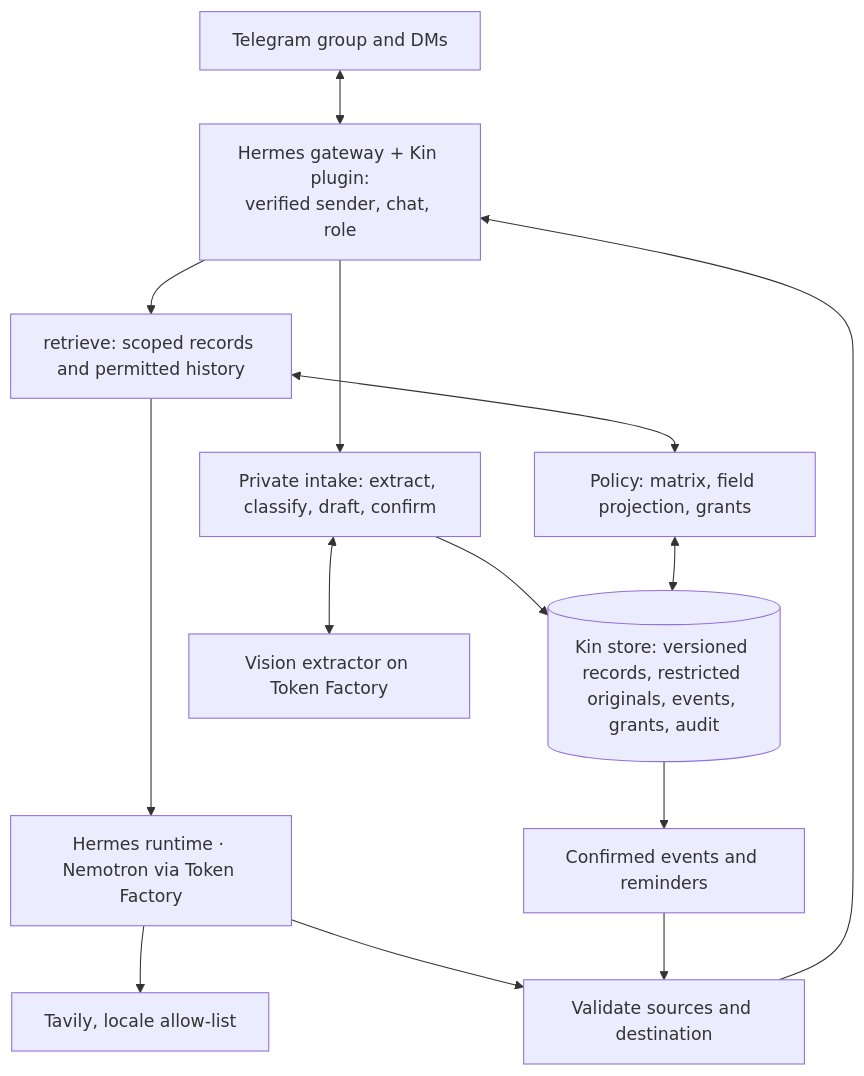
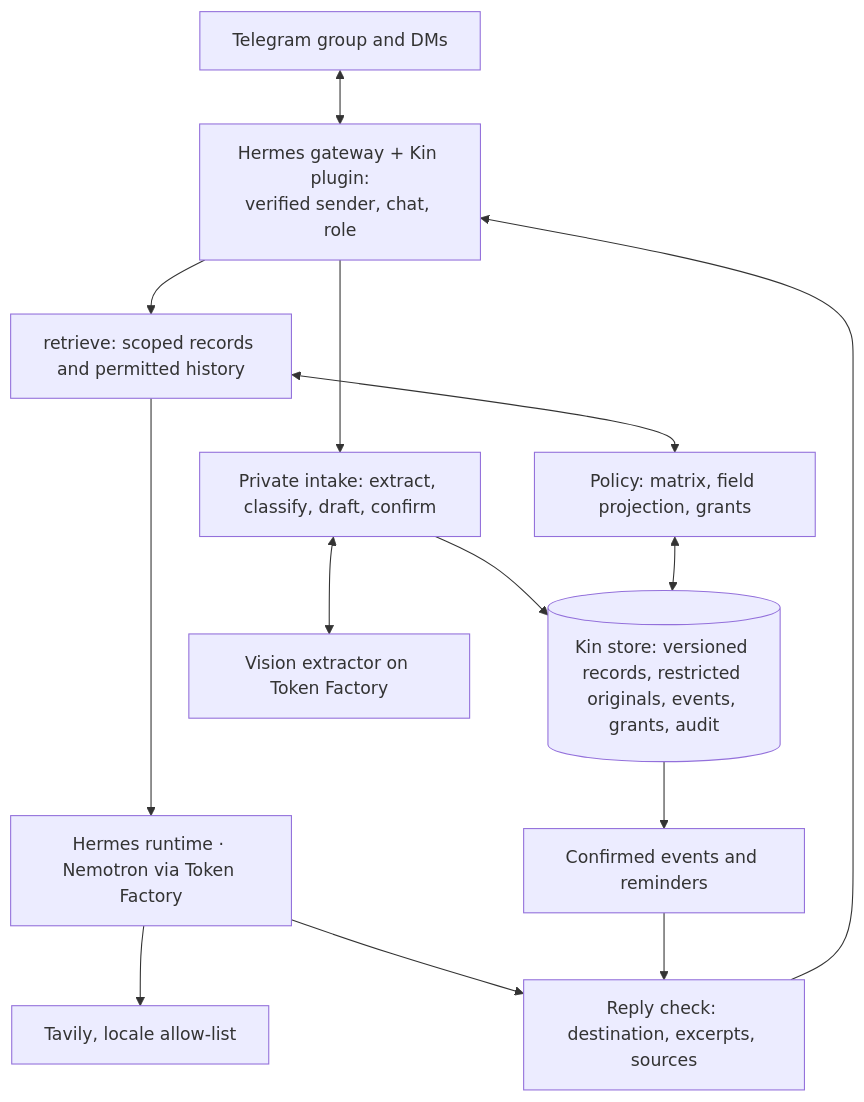
Before and after one commit to wenhao7/kin: the diagram in docs/05-architecture.md, drawn with Mermaid. The commit also changed other lines of this file and 7 other files, not shown here.

````diff
--- a/docs/05-architecture.md
+++ b/docs/05-architecture.md
@@ -7,16 +7,16 @@
 ```mermaid
 flowchart TB
     TG[Telegram group and DMs] <--> GW[Hermes gateway + Kin plugin:<br/>verified sender, chat, role]
     GW --> IN[Private intake: extract, classify, draft, confirm]
     GW --> RET[retrieve: scoped records and permitted history]
     IN --> DB[(Kin store: versioned records, restricted originals, events, grants, audit)]
     RET <--> PE[Policy: matrix, field projection, grants]
     PE <--> DB
     RET --> AG[Hermes runtime · Nemotron via Token Factory]
-    AG --> OUT[Validate sources and destination]
+    AG --> OUT[Reply check: destination, excerpts, sources]
     OUT --> GW
     DB --> EV[Confirmed events and reminders]
     EV --> OUT
     IN <--> VX[Vision extractor on Token Factory]
     AG --> TV[Tavily, locale allow-list]
 ```
````
